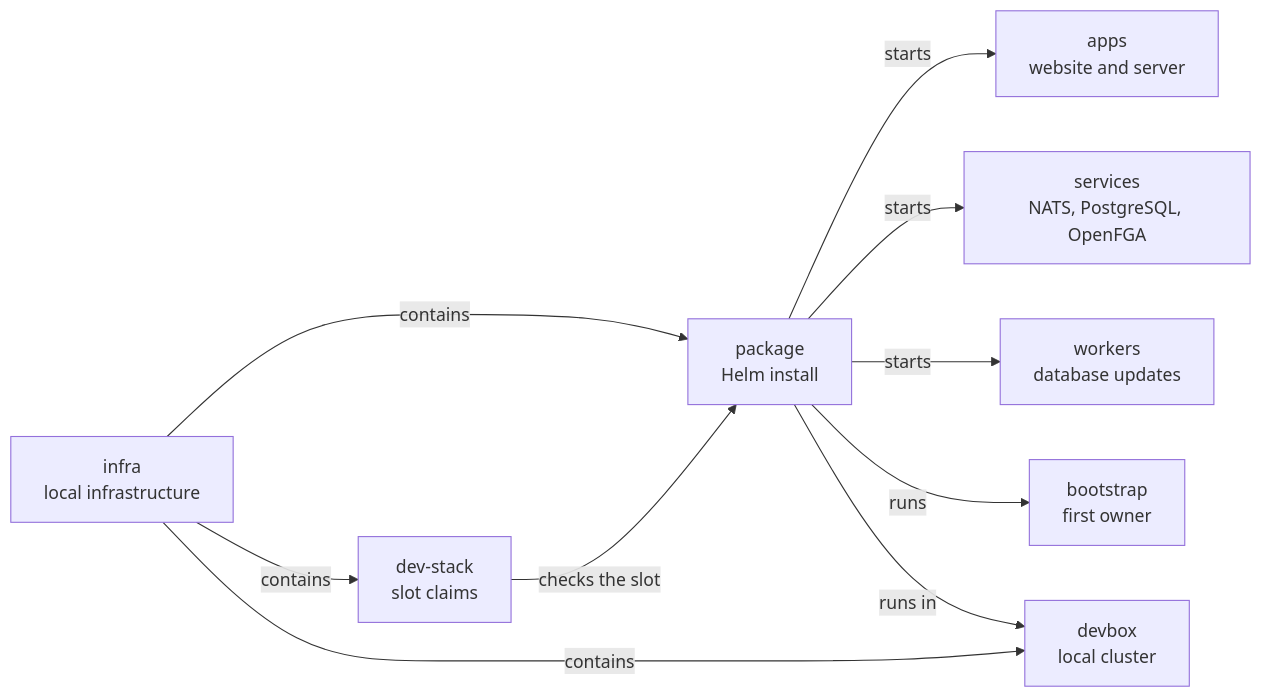
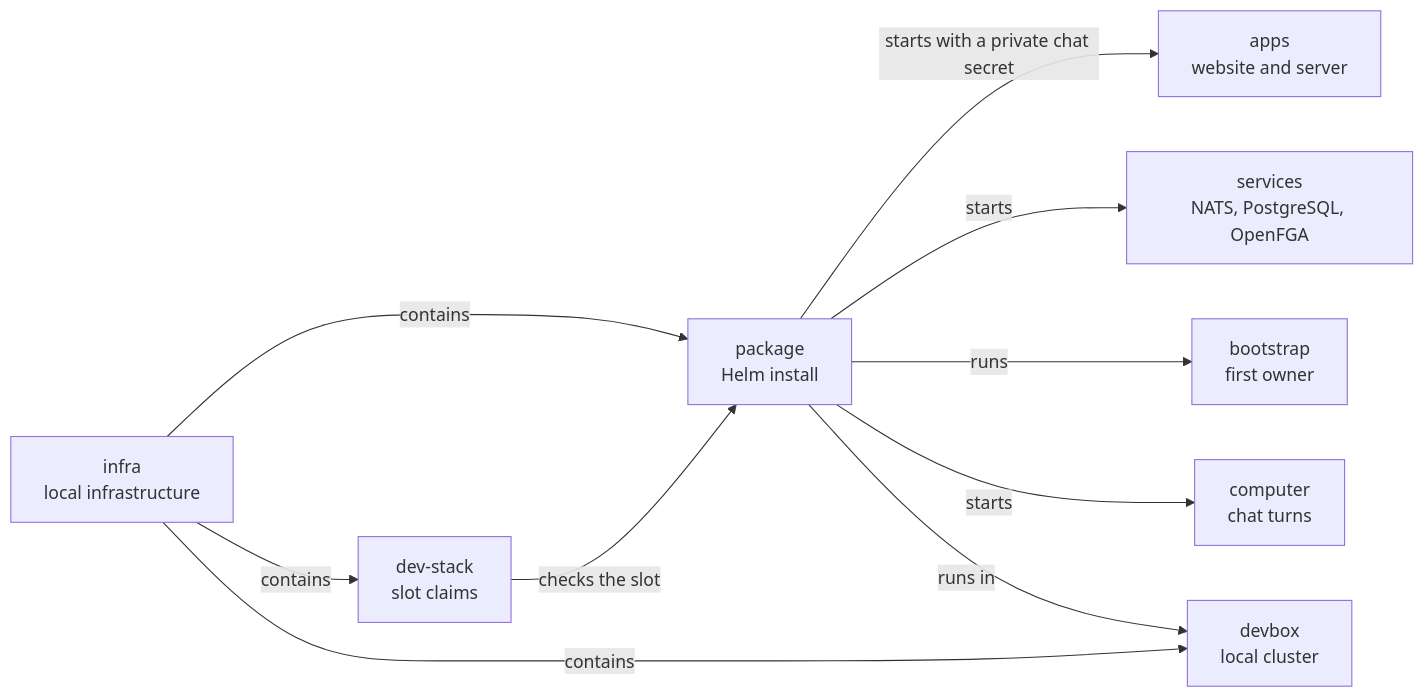
Before and after one commit to elewa-git/opencrane-new: the diagram in infra/package/README.md, drawn with Mermaid. The commit also changed other lines of this file and 33 other files, not shown here.

Commit message:
📦 Complete local packaged chat turns

````diff
--- a/infra/package/README.md
+++ b/infra/package/README.md
@@ -17,12 +18,12 @@
 ```mermaid
 flowchart LR
   infra["infra<br/>local infrastructure"] -->|contains| package["package<br/>Helm install"]
   infra -->|contains| stack["dev-stack<br/>slot claims"]
   infra -->|contains| devbox["devbox<br/>local cluster"]
   stack -->|checks the slot| package
-  package -->|starts| apps["apps<br/>website and server"]
+  package -->|starts with a private chat secret| apps["apps<br/>website and server"]
   package -->|starts| services["services<br/>NATS, PostgreSQL, OpenFGA"]
-  package -->|starts| workers["workers<br/>database updates"]
   package -->|runs| bootstrap["bootstrap<br/>first owner"]
+  package -->|starts| computer["computer<br/>chat turns"]
   package -->|runs in| devbox
 ```
````
